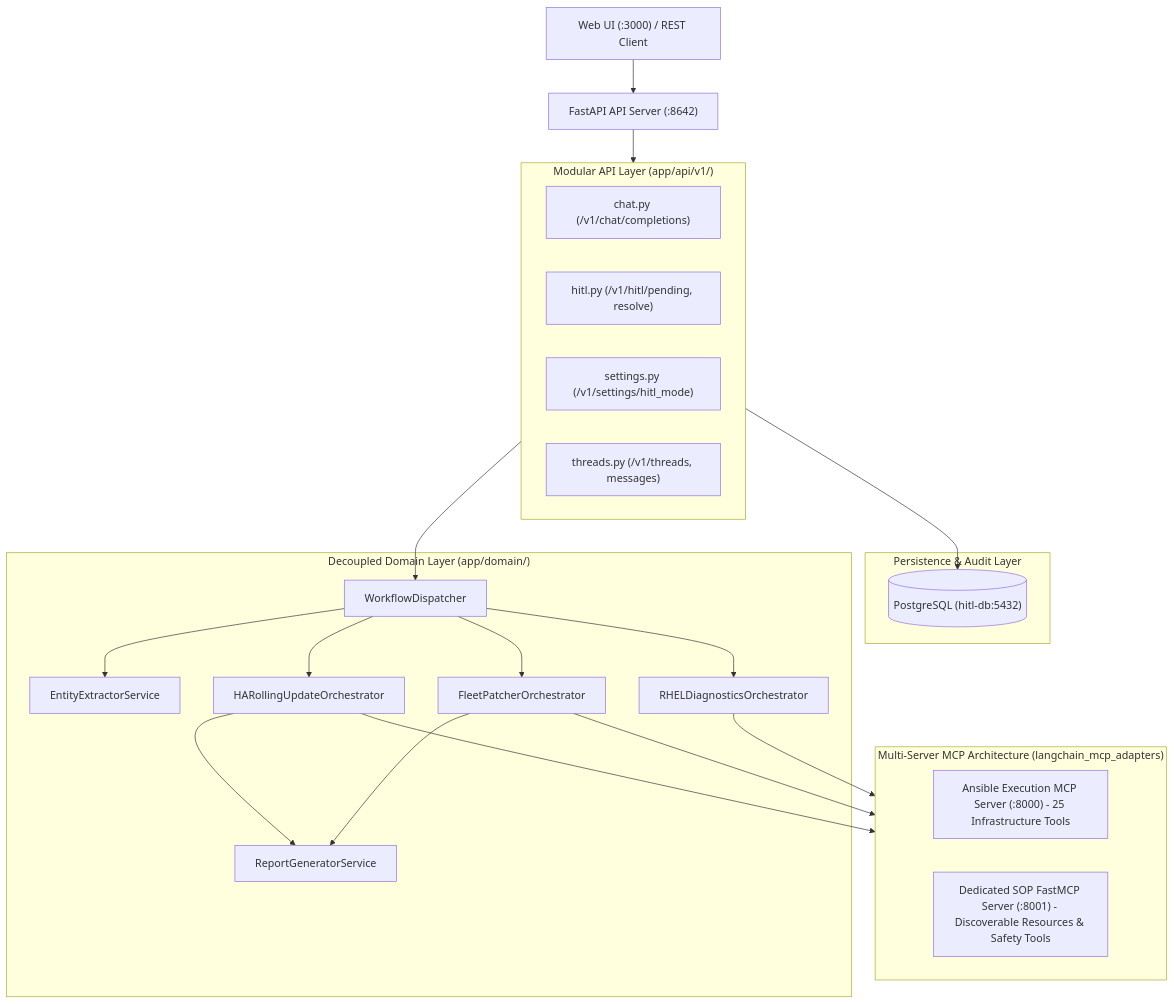
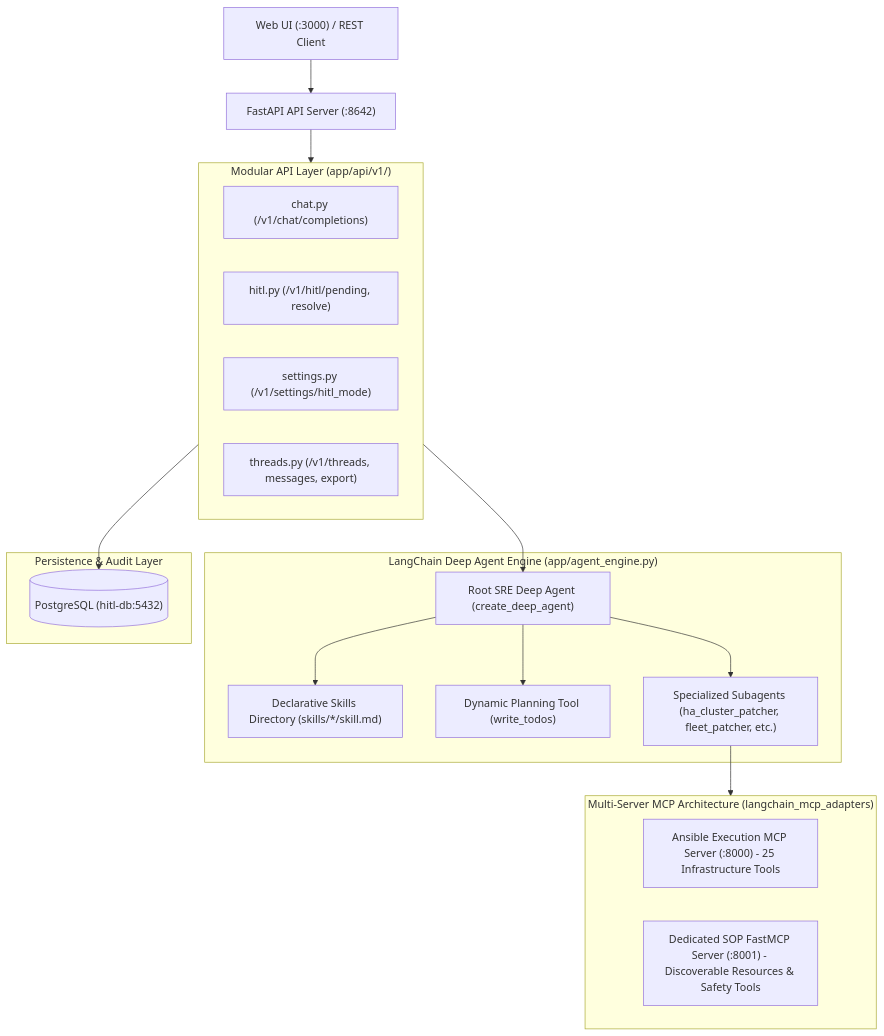
Before and after one commit to Fayez2016/agent2: the diagram in docs/ARCHITECTURE_AND_RUNBOOK.md, drawn with Mermaid. The commit also changed other lines of this file and 1 other file, not shown here.

Commit message:
Update technical and operations documentation aligned with official LangChain Deep Agents specification

````diff
--- a/docs/ARCHITECTURE_AND_RUNBOOK.md
+++ b/docs/ARCHITECTURE_AND_RUNBOOK.md
@@ -7,41 +7,34 @@
 ```mermaid
 graph TD
     UserClient["Web UI (:3000) / REST Client"] --> API["FastAPI API Server (:8642)"]
     
     subgraph APILayer["Modular API Layer (app/api/v1/)"]
         ChatAPI["chat.py (/v1/chat/completions)"]
         HitlAPI["hitl.py (/v1/hitl/pending, resolve)"]
         SettingsAPI["settings.py (/v1/settings/hitl_mode)"]
-        ThreadsAPI["threads.py (/v1/threads, messages)"]
+        ThreadsAPI["threads.py (/v1/threads, messages, export)"]
     end
     API --> APILayer
 
-    subgraph DomainLayer["Decoupled Domain Layer (app/domain/)"]
-        Dispatcher["WorkflowDispatcher"]
-        Extractor["EntityExtractorService"]
-        HARolling["HARollingUpdateOrchestrator"]
-        FleetPatcher["FleetPatcherOrchestrator"]
-        Diagnostics["RHELDiagnosticsOrchestrator"]
-        ReportGen["ReportGeneratorService"]
+    subgraph DeepAgentPrism["LangChain Deep Agent Engine (app/agent_engine.py)"]
+        RootAgent["Root SRE Deep Agent (create_deep_agent)"]
+        Skills["Declarative Skills Directory (skills/*/skill.md)"]
+        Planning["Dynamic Planning Tool (write_todos)"]
+        Subagents["Specialized Subagents (ha_cluster_patcher, fleet_patcher, etc.)"]
     end
-    APILayer --> Dispatcher
-    Dispatcher --> Extractor
-    Dispatcher --> HARolling
-    Dispatcher --> FleetPatcher
-    Dispatcher --> Diagnostics
-    HARolling --> ReportGen
-    FleetPatcher --> ReportGen
+    APILayer --> RootAgent
+    RootAgent --> Skills
+    RootAgent --> Planning
+    RootAgent --> Subagents
 
     subgraph MultiServerMCP["Multi-Server MCP Architecture (langchain_mcp_adapters)"]
         AnsibleMCP["Ansible Execution MCP Server (:8000) - 25 Infrastructure Tools"]
         SOPMCP["Dedicated SOP FastMCP Server (:8001) - Discoverable Resources & Safety Tools"]
     end
-    HARolling --> MultiServerMCP
-    FleetPatcher --> MultiServerMCP
-    Diagnostics --> MultiServerMCP
+    Subagents --> MultiServerMCP
 
     subgraph Persistence["Persistence & Audit Layer"]
         PostgreSQL[("PostgreSQL (hitl-db:5432)")]
     end
     APILayer --> PostgreSQL
 ```
````
